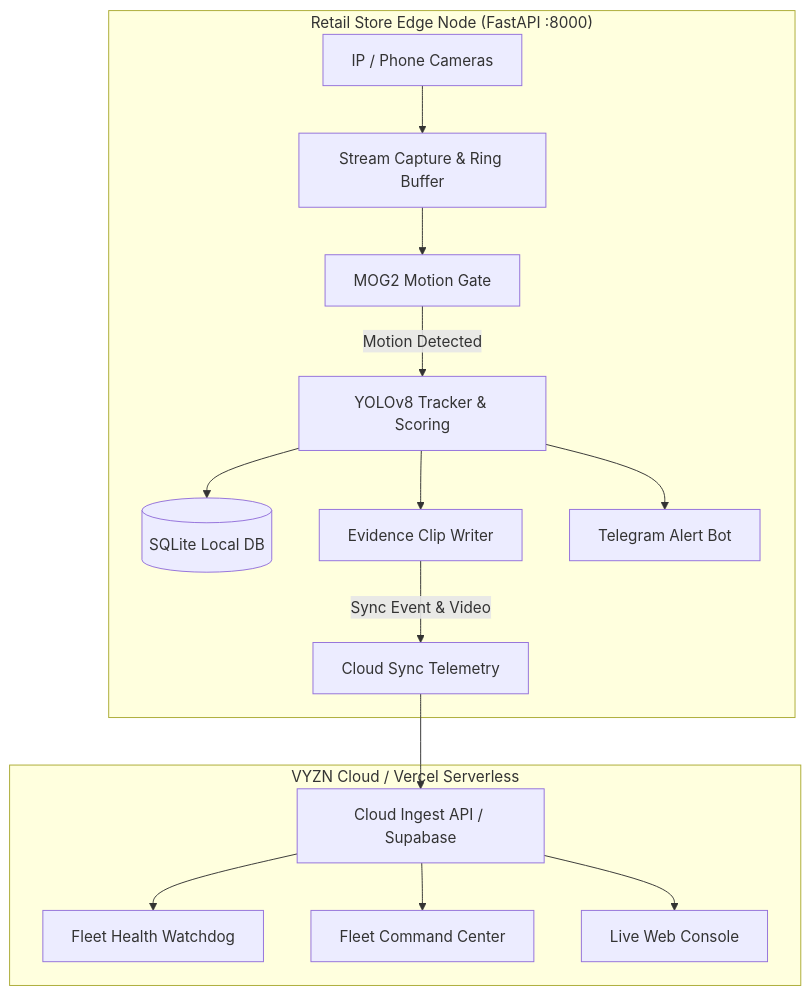
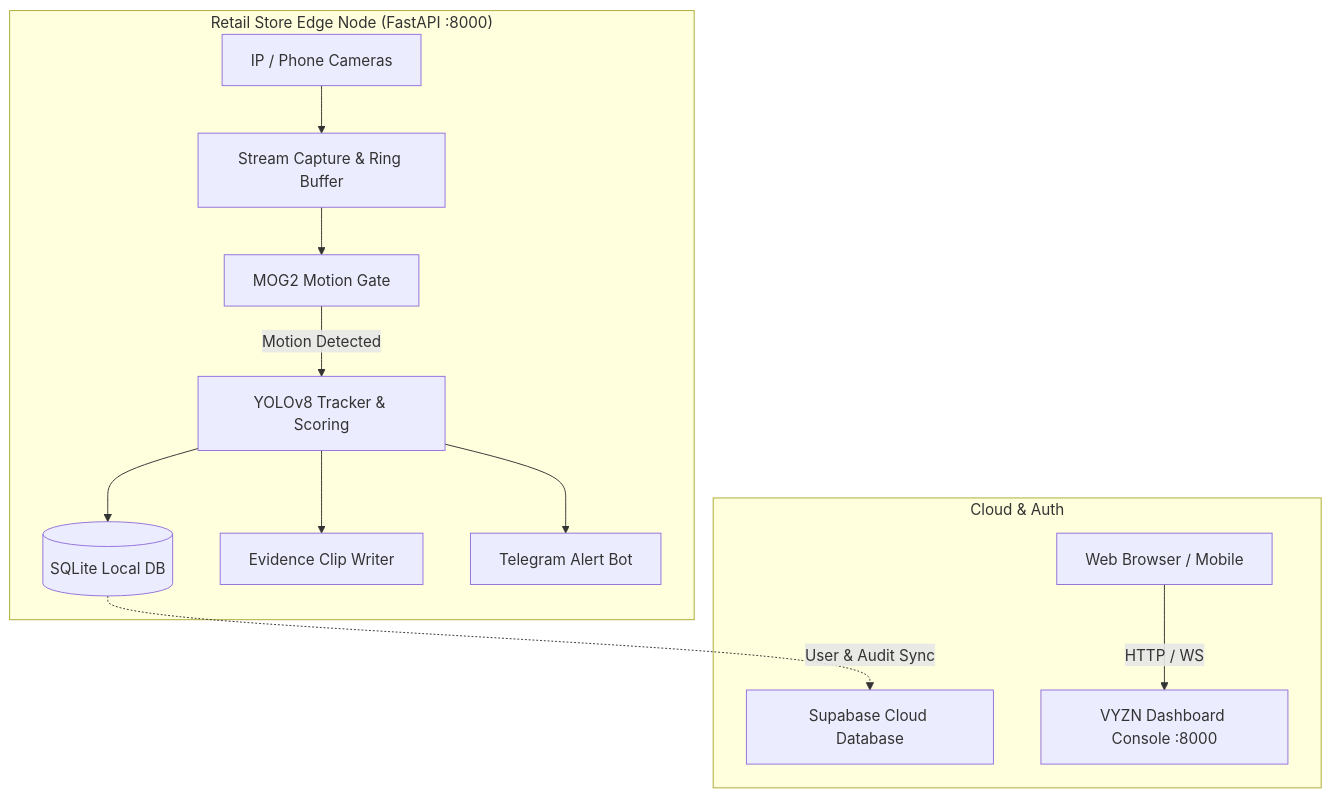
Before and after one commit to Ohmanutkarsh/Vyzn: the diagram in README.md, drawn with Mermaid. The commit also changed other lines of this file and 23 other files, not shown here.

Commit message:
refactor: remove fleet project and consolidate core auth into vyzn

````diff
--- a/README.md
+++ b/README.md
@@ -45,19 +37,16 @@
 ```mermaid
 graph TD
     subgraph "Retail Store Edge Node (FastAPI :8000)"
         CAM[IP / Phone Cameras] --> SC[Stream Capture & Ring Buffer]
         SC --> MOG[MOG2 Motion Gate]
         MOG -->|Motion Detected| YOLO[YOLOv8 Tracker & Scoring]
         YOLO --> DB[(SQLite Local DB)]
         YOLO --> CW[Evidence Clip Writer]
         YOLO --> TG[Telegram Alert Bot]
-        CW -->|Sync Event & Video| SYNC[Cloud Sync Telemetry]
     end
 
-    subgraph "VYZN Cloud / Vercel Serverless"
-        SYNC --> API[Cloud Ingest API / Supabase]
-        API --> WATCHDOG[Fleet Health Watchdog]
-        API --> FLEET_UI[Fleet Command Center]
-        API --> DASHBOARD[Live Web Console]
+    subgraph "Cloud & Auth"
+        DB -.->|User & Audit Sync| SUPA[Supabase Cloud Database]
+        APP[Web Browser / Mobile] -->|HTTP / WS| VYZN[VYZN Dashboard Console :8000]
     end
 ```
````
